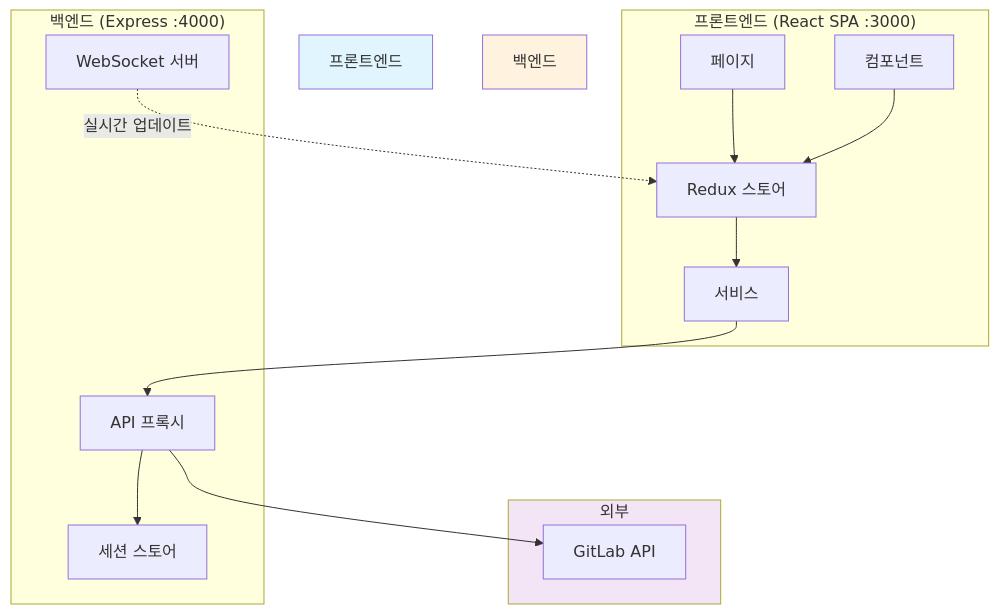
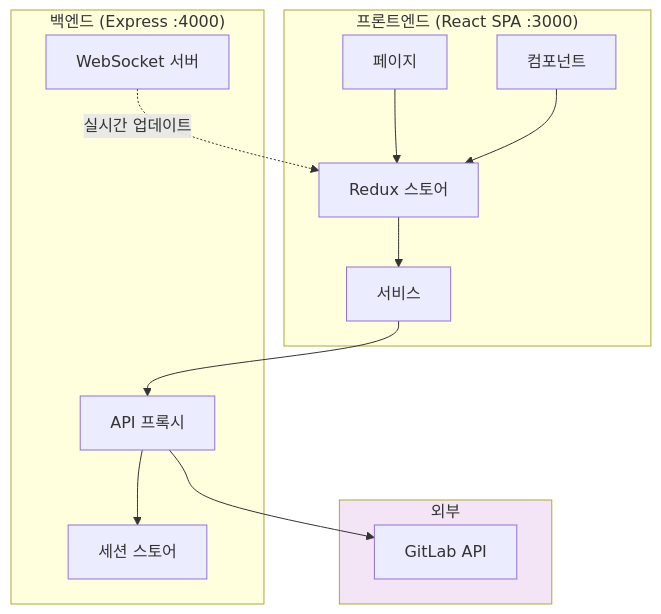
The diagram in frontend/docs/ko/README.md (pghoya2956/GitLab-Bulk-Manager), drawn with Mermaid before and after one commit. The commit also changed other lines of this file and 7 other files, not shown here.

````diff
--- a/frontend/docs/ko/README.md
+++ b/frontend/docs/ko/README.md
@@ -37,31 +42,29 @@
 ```mermaid
 graph TB
     subgraph "프론트엔드 (React SPA :3000)"
         Pages[페이지]
         Components[컴포넌트]
         Store[Redux 스토어]
         Services[서비스]
     end
-    
+
     subgraph "백엔드 (Express :4000)"
         API[API 프록시]
         Session[세션 스토어]
         WebSocket[WebSocket 서버]
     end
-    
+
     subgraph "외부"
         GitLab[GitLab API]
     end
-    
+
     Pages --> Store
     Components --> Store
     Store --> Services
     Services --> API
     API --> Session
     API --> GitLab
     WebSocket -.->|실시간 업데이트| Store
-    
-    style 프론트엔드 fill:#e1f5fe
-    style 백엔드 fill:#fff3e0
+
     style 외부 fill:#f3e5f5
 ```
````
